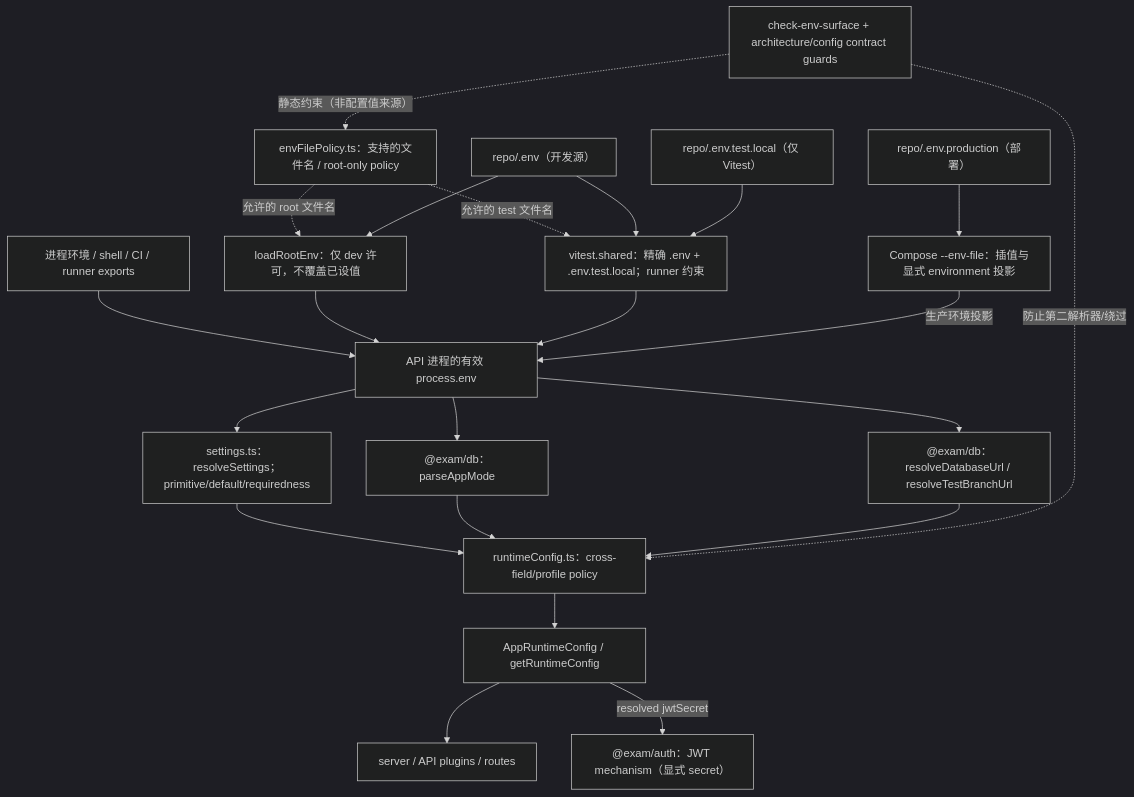
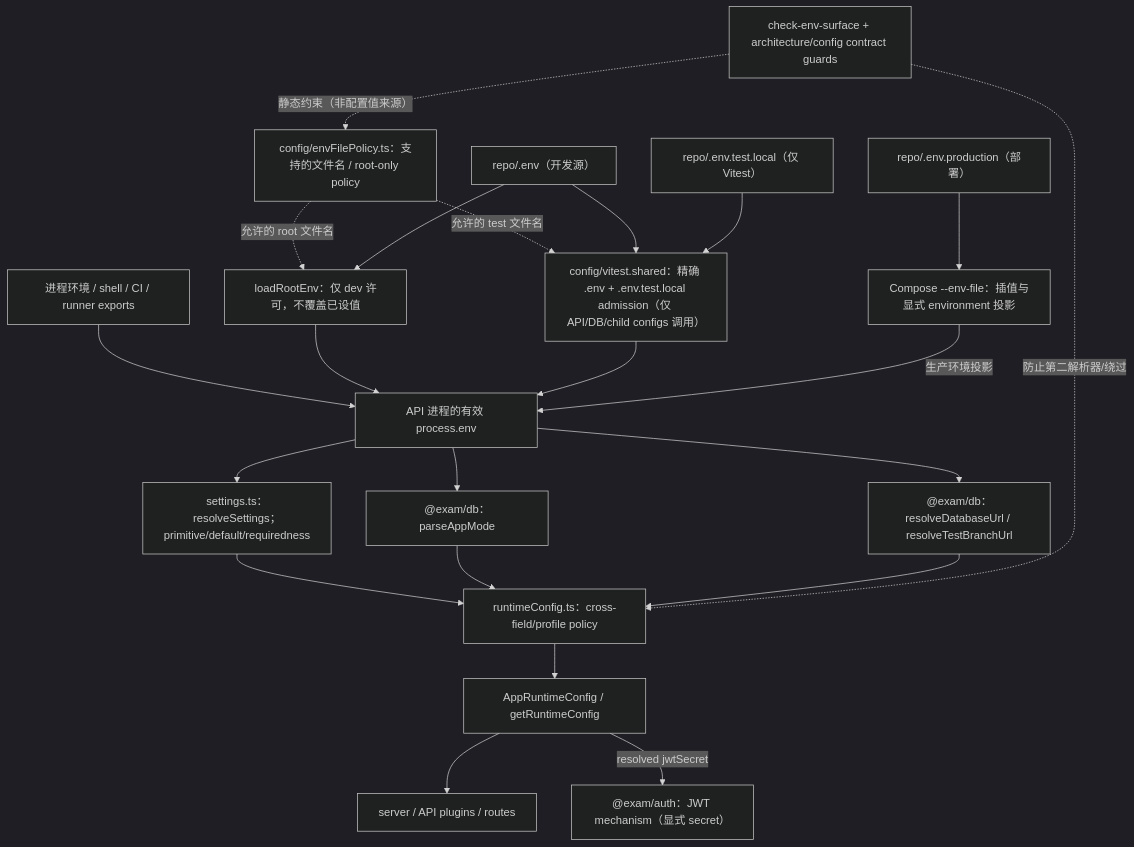
The first of 4 diagrams in docs/architecture/configuration-authority.md (jnhu76/exam), drawn with Mermaid (dark theme) before and after one commit. The commit also changed other lines of this file and 4 other files, not shown here.

First line of the commit message:
docs(config): complete scoped Vitest authority reconciliation

````diff
--- a/docs/architecture/configuration-authority.md
+++ b/docs/architecture/configuration-authority.md
@@ -49,42 +49,42 @@
 ```mermaid
 flowchart TD
     INHERITED["进程环境 / shell / CI / runner exports"]
     ROOT["repo/.env（开发源）"]
     TESTROOT["repo/.env.test.local（仅 Vitest）"]
     PROD["repo/.env.production（部署）"]
-    POLICY["envFilePolicy.ts：支持的文件名 / root-only policy"]
+    POLICY["config/envFilePolicy.ts：支持的文件名 / root-only policy"]
     APIADM["loadRootEnv：仅 dev 许可，不覆盖已设值"]
-    TESTADM["vitest.shared：精确 .env + .env.test.local；runner 约束"]
+    TESTADM["config/vitest.shared：精确 .env + .env.test.local admission（仅 API/DB/child configs 调用）"]
     COMPOSE["Compose --env-file：插值与显式 environment 投影"]
     ENV["API 进程的有效 process.env"]
     SETTINGS["settings.ts：resolveSettings；primitive/default/requiredness"]
     MODE["@exam/db：parseAppMode"]
     DB["@exam/db：resolveDatabaseUrl / resolveTestBranchUrl"]
     RUNTIME["runtimeConfig.ts：cross-field/profile policy"]
     APP["AppRuntimeConfig / getRuntimeConfig"]
     SERVER["server / API plugins / routes"]
     AUTH["@exam/auth：JWT mechanism（显式 secret）"]
     GUARD["check-env-surface + architecture/config contract guards"]
 
     POLICY -. "允许的 root 文件名" .-> APIADM
     POLICY -. "允许的 test 文件名" .-> TESTADM
     INHERITED --> ENV
     ROOT --> APIADM
     ROOT --> TESTADM
     TESTROOT --> TESTADM
     APIADM --> ENV
     TESTADM --> ENV
     PROD --> COMPOSE
     COMPOSE -->|"生产环境投影"| ENV
     ENV --> SETTINGS
     ENV --> MODE
     ENV --> DB
     SETTINGS --> RUNTIME
     MODE --> RUNTIME
     DB --> RUNTIME
     RUNTIME --> APP
     APP --> SERVER
     APP -->|"resolved jwtSecret"| AUTH
     GUARD -. "静态约束（非配置值来源）" .-> POLICY
     GUARD -. "防止第二解析器/绕过" .-> RUNTIME
 ```
````
